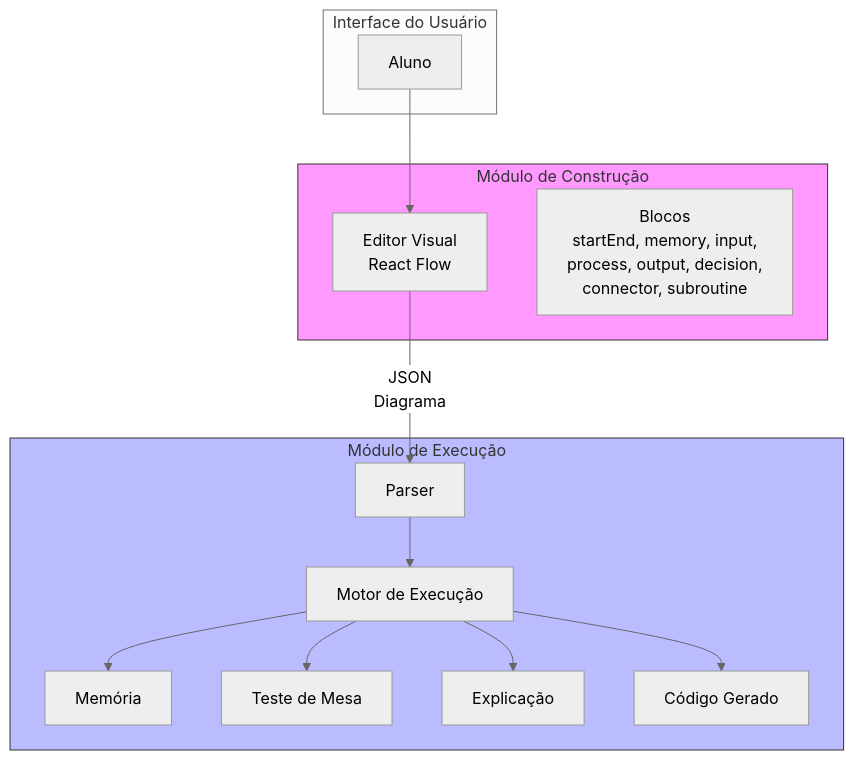
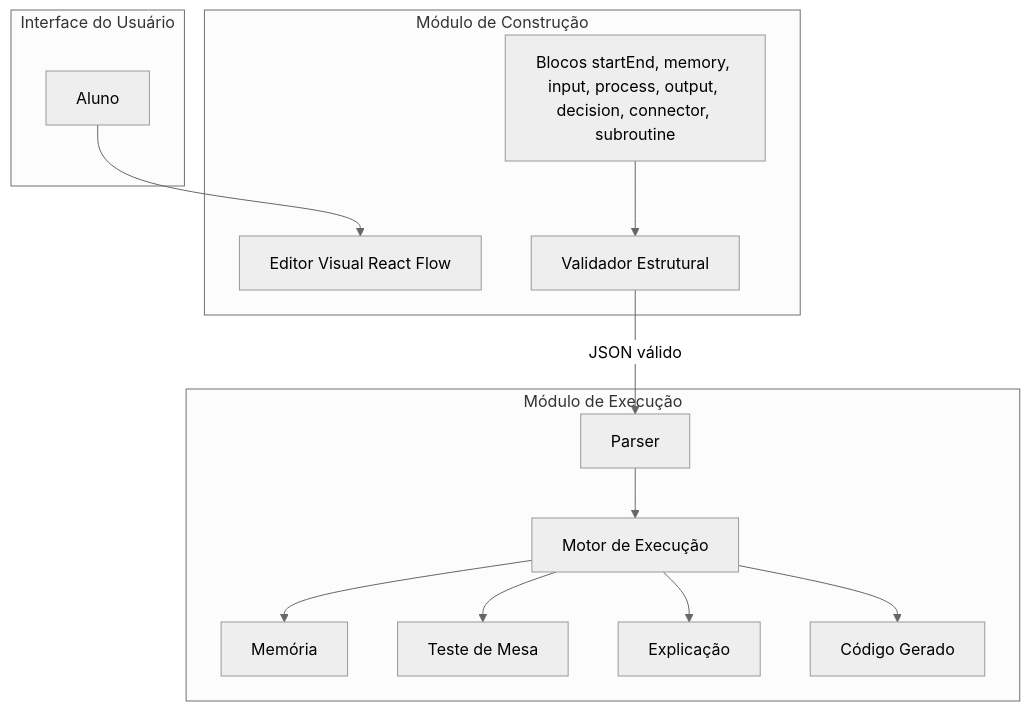
One commit to si-utfpr-gp/blade changed the first of 7 diagrams in docs/ssd.md. Above: the diagram before and after it, drawn with Mermaid (neutral theme). The commit also changed other lines of this file and 6 other files, not shown here.

First line of the commit message:
@lucasgfaj/feat/parser-json-diagram-execution-graph (#63)

````diff
--- a/docs/ssd.md
+++ b/docs/ssd.md
@@ -53,31 +53,27 @@
 ```mermaid
 graph TB
     subgraph UI["Interface do Usuário"]
         A[Aluno]
     end
-
     subgraph BUILDER["Módulo de Construção"]
-        B[Editor Visual<br/>React Flow]
-        C[Blocos<br/>startEnd, memory, input,<br/>process, output, decision,<br/>connector, subroutine]
+        B[Editor Visual React Flow]
+        C[Blocos startEnd, memory, input, process, output, decision, connector, subroutine]
+        V[Validador Estrutural]
     end
-
     subgraph EXECUTION["Módulo de Execução"]
         D[Parser]
         E[Motor de Execução]
         F[Memória]
         G[Teste de Mesa]
         H[Explicação]
         I[Código Gerado]
     end
-
     A --> B
-    B -- "JSON\nDiagrama" --> D
+    C --> V
+    V -- "JSON válido" --> D
     D --> E
     E --> F
     E --> G
     E --> H
     E --> I
-
-    style BUILDER fill:#f9f,stroke:#333
-    style EXECUTION fill:#bbf,stroke:#333
 ```
````
